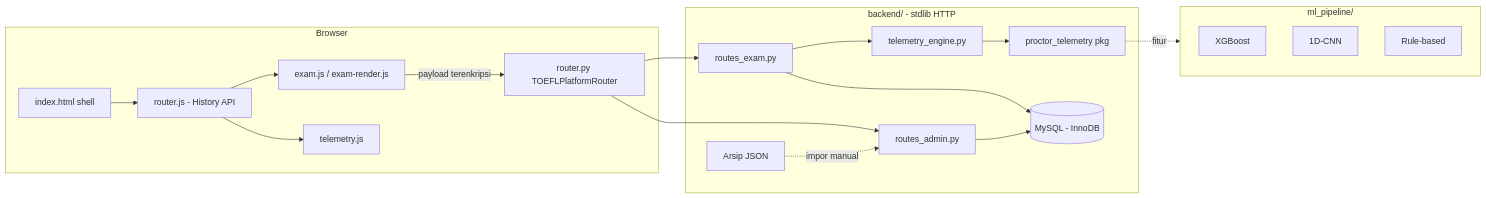
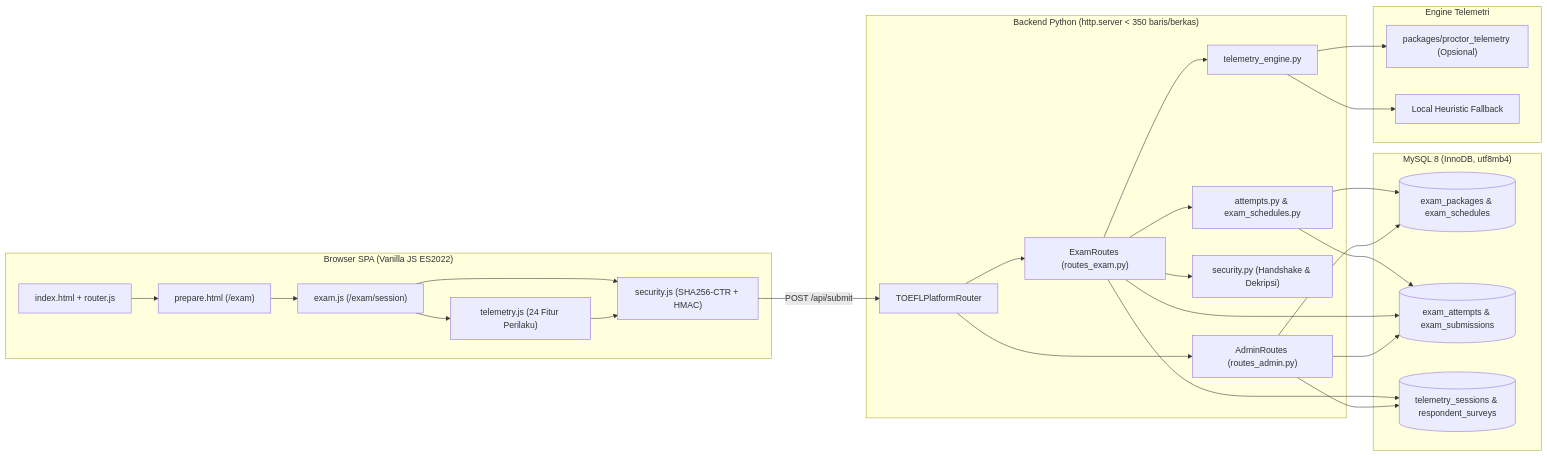
Before and after one commit to firdausmntp/LinguaPulse: the diagram in README.md, drawn with Mermaid. The commit also changed other lines of this file and 92 other files, not shown here.

````diff
--- a/README.md
+++ b/README.md
@@ -78,22 +113,34 @@
 ```mermaid
 flowchart LR
-    subgraph Browser
-        A[index.html shell] --> B[router.js - History API]
-        B --> C[exam.js / exam-render.js]
-        B --> D[telemetry.js]
-        C -- payload terenkripsi --> E
+    subgraph Client["Browser SPA (Vanilla JS ES2022)"]
+        A["index.html + router.js"] --> B["prepare.html (/exam)"]
+        B --> C["exam.js (/exam/session)"]
+        C --> D["telemetry.js (24 Fitur Perilaku)"]
+        C & D --> E["security.js (SHA256-CTR + HMAC)"]
     end
-    subgraph Backend["backend/ - stdlib HTTP"]
-        E[router.py TOEFLPlatformRouter] --> F[routes_exam.py]
-        E --> G[routes_admin.py]
-        F --> H[telemetry_engine.py]
-        H --> I[proctor_telemetry pkg]
-        F --> J[(MySQL - InnoDB)]
-        G --> J
-        K[Arsip JSON] -. impor manual .-> G
+
+    subgraph Server["Backend Python (http.server < 350 baris/berkas)"]
+        F["TOEFLPlatformRouter"] --> G["ExamRoutes (routes_exam.py)"]
+        F --> H["AdminRoutes (routes_admin.py)"]
+        G --> I["attempts.py & exam_schedules.py"]
+        G --> J["security.py (Handshake & Dekripsi)"]
+        G --> K["telemetry_engine.py"]
     end
-    subgraph ML["ml_pipeline/"]
-        L[XGBoost] & M[1D-CNN] & N[Rule-based]
+
+    subgraph Storage["MySQL 8 (InnoDB, utf8mb4)"]
+        L[("exam_packages & exam_schedules")]
+        M[("exam_attempts & exam_submissions")]
+        N[("telemetry_sessions & respondent_surveys")]
     end
-    I -. fitur .-> ML
+
+    subgraph Engine["Engine Telemetri"]
+        O["packages/proctor_telemetry (Opsional)"]
+        P["Local Heuristic Fallback"]
+    end
+
+    E -- "POST /api/submit" --> F
+    I --> L & M
+    G --> M & N
+    H --> L & M & N
+    K --> O & P
 ```
````
